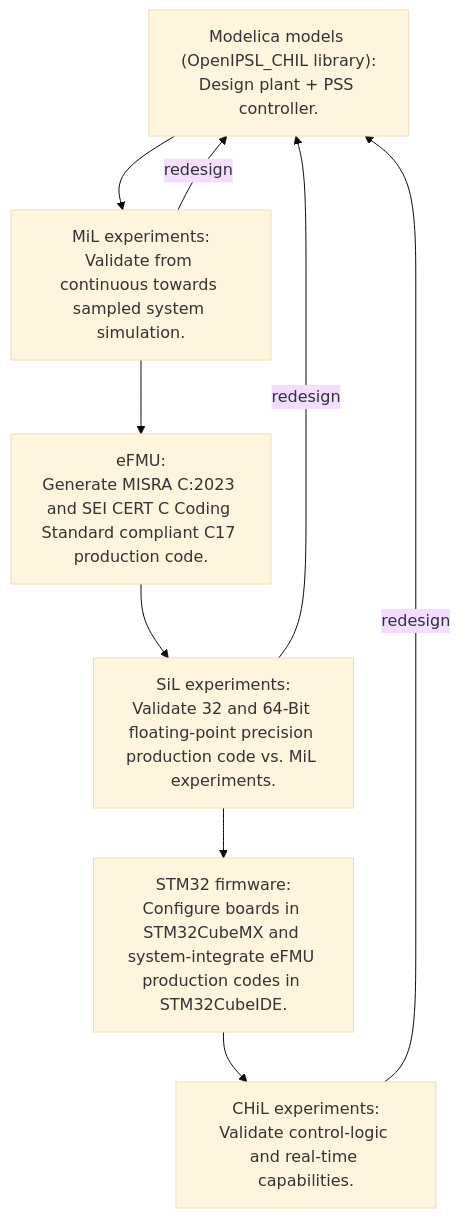
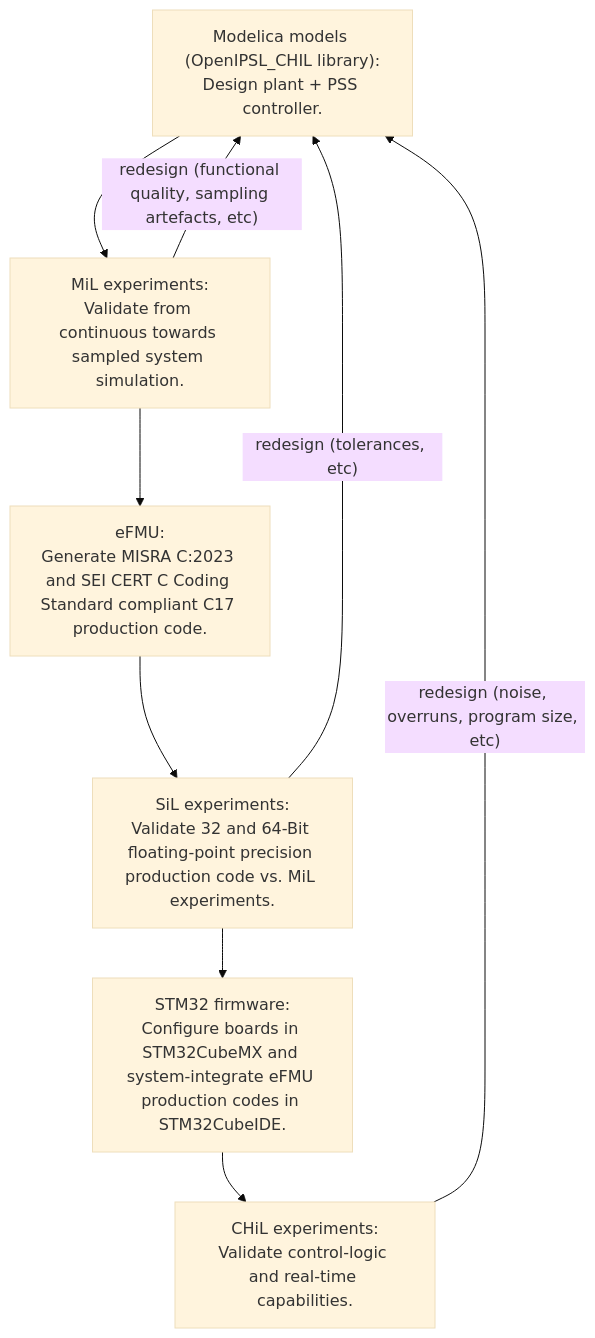
One commit to ALSETLab/efmi-pss-use-case changed the diagram in README.md. Above: the diagram before and after it, drawn with Mermaid (base theme).

Commit message:
Improved overview and workflow diagram.

````diff
--- a/README.md
+++ b/README.md
@@ -35,11 +35,11 @@
 ```mermaid
 flowchart TD
   A["Modelica models (OpenIPSL_CHIL library):<br/>Design plant + PSS controller."] --> B["MiL experiments:<br/>Validate from continuous towards sampled system simulation."]
-  B -- redesign --> A
+  B -- redesign (functional quality, sampling artefacts, etc) --> A
   B --> C["eFMU:<br/>Generate MISRA C:2023 and SEI CERT C Coding Standard compliant C17 production code."]
   C --> D["SiL experiments:<br/>Validate 32 and 64-Bit floating-point precision production code vs. MiL experiments."]
-  D -- redesign --> A
+  D -- redesign (tolerances, etc) --> A
   D --> E["STM32 firmware:<br/>Configure boards in STM32CubeMX and system-integrate eFMU production codes in STM32CubeIDE."]
   E --> F["CHiL experiments:<br/>Validate control-logic and real-time capabilities."]
-  F -- redesign --> A
+  F -- redesign (noise, overruns, program size, etc) --> A
 ```
````
